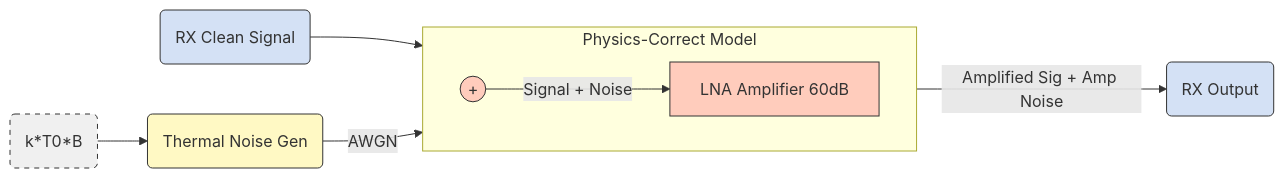
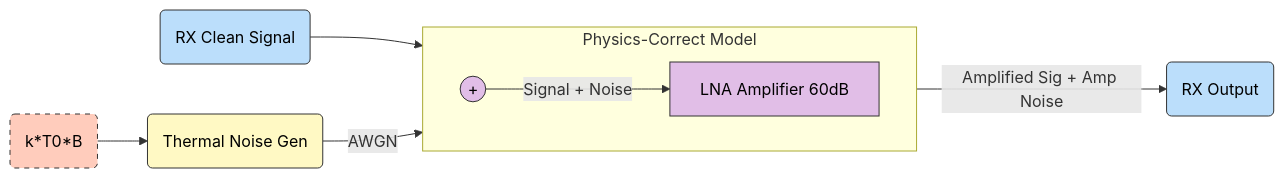
Before and after one commit to amnxlab/Radar-Fusion-Research: the third of 7 diagrams in docs/README_SIGNAL_PROCESSING.md, drawn with Mermaid. The commit also changed other lines of this file, not shown here.

````diff
--- a/docs/README_SIGNAL_PROCESSING.md
+++ b/docs/README_SIGNAL_PROCESSING.md
@@ -89,30 +89,30 @@
 ```mermaid
 graph LR
     %% Nodes
     RX_Clean(RX Clean Signal):::signal
     Noise(Thermal Noise Gen):::physics
     K_CONST(k*T0*B):::config
     Adder((+)):::process
     LNA[LNA Amplifier 60dB]:::process
     RX_Out(RX Output):::signal
     
-    %% Styles
-    classDef signal fill:#d4e1f5,stroke:#333;
-    classDef process fill:#ffccbc,stroke:#333;
-    classDef physics fill:#fff9c4,stroke:#333;
-    classDef config fill:#f0f0f0,stroke:#333,stroke-dasharray: 5 5;
+    %% Styles - High Contrast
+    classDef signal fill:#BBDEFB,stroke:#333,stroke-width:1px,color:black;
+    classDef process fill:#E1BEE7,stroke:#333,stroke-width:1px,color:black;
+    classDef physics fill:#FFF9C4,stroke:#333,stroke-width:1px,color:black;
+    classDef config fill:#FFCCBC,stroke:#333,stroke-dasharray: 5 5,color:black;
 
     %% Flows
     RX_Clean --> Adder
     K_CONST --> Noise
     Noise -->|AWGN| Adder
     Adder -->|Signal + Noise| LNA
     LNA -->|Amplified Sig + Amp Noise| RX_Out
 
     %% Descriptions
     subgraph "Physics-Correct Model"
     direction LR
     Adder
     LNA
     end
 ```
````
